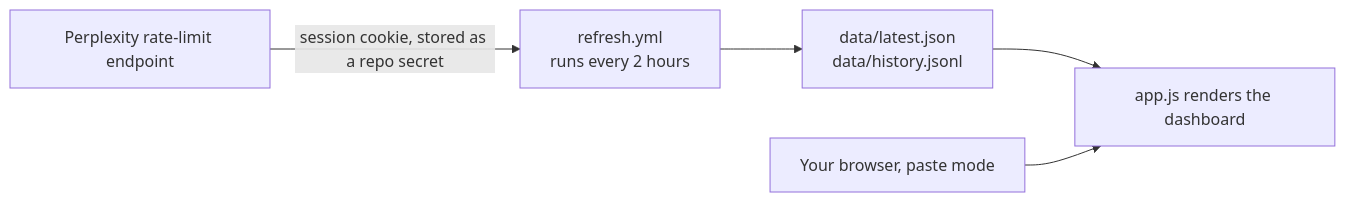
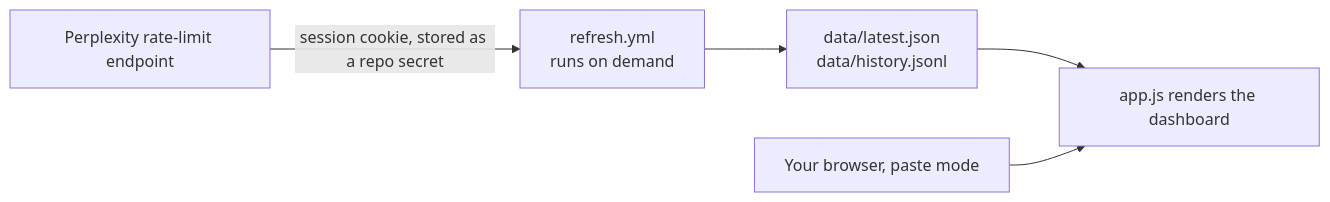
Before and after one commit to wrouhli/perplexity-limits-dashboard: the diagram in README.md, drawn with Mermaid. The commit also changed other lines of this file and 2 other files, not shown here.

First line of the commit message:
chore(refresh): drop the schedule, refresh on demand only, retry the Pages deploy (#2)

````diff
--- a/README.md
+++ b/README.md
@@ -47,7 +47,7 @@
 ```mermaid
 flowchart LR
-  P["Perplexity rate-limit endpoint"] -->|"session cookie, stored as a repo secret"| R["refresh.yml<br/>runs every 2 hours"]
+  P["Perplexity rate-limit endpoint"] -->|"session cookie, stored as a repo secret"| R["refresh.yml<br/>runs on demand"]
   R --> D["data/latest.json<br/>data/history.jsonl"]
   D --> A["app.js renders the dashboard"]
   B["Your browser, paste mode"] --> A
 ```
````
